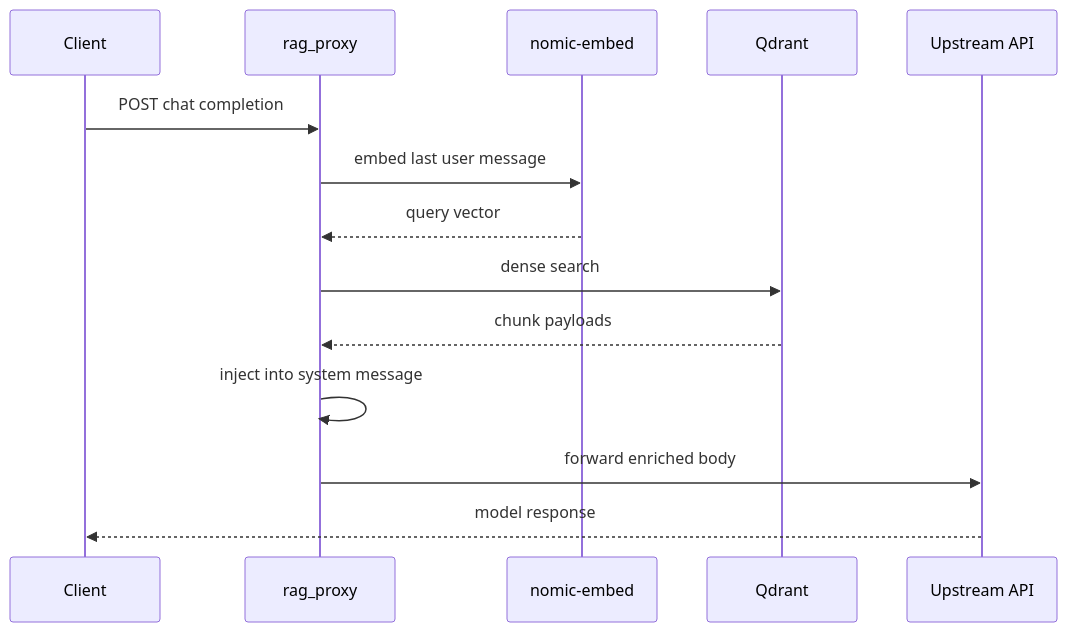
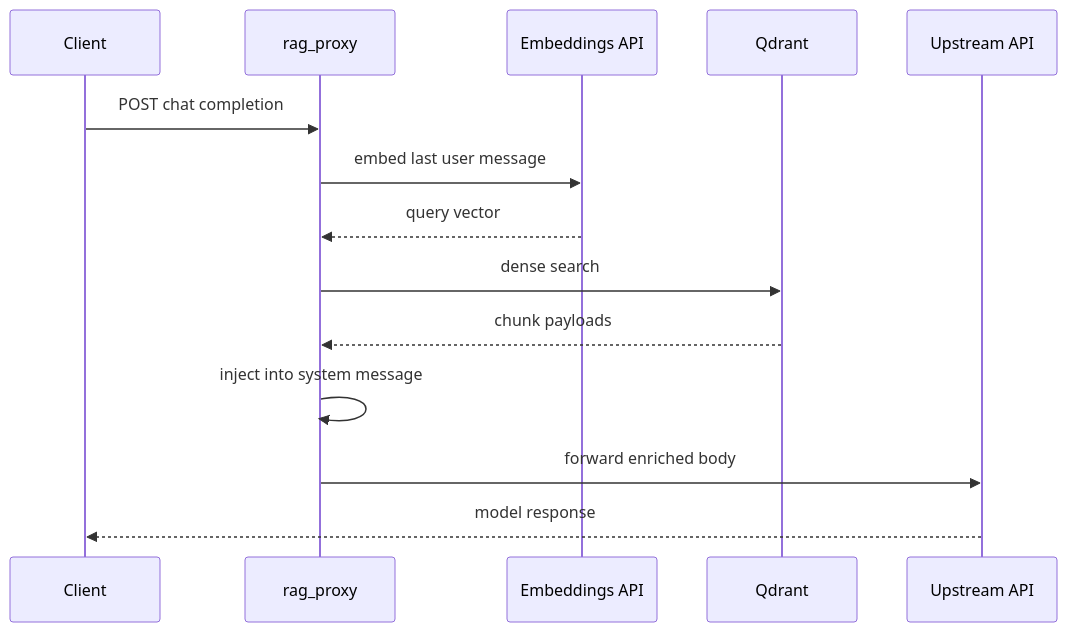
Before and after one commit to AtticusG3/rag-proxy: the second of 5 diagrams in docs/architecture.md, drawn with Mermaid. The commit also changed other lines of this file and 13 other files, not shown here.

First line of the commit message:
feat(docker): drop nomic-embed sidecar for Qwen embeddings API

````diff
--- a/docs/architecture.md
+++ b/docs/architecture.md
@@ -27,17 +27,17 @@
 ```mermaid
 sequenceDiagram
   participant C as Client
   participant P as rag_proxy
-  participant E as nomic-embed
+  participant E as Embeddings API
   participant Q as Qdrant
   participant L as Upstream API
 
   C->>P: POST chat completion
   P->>E: embed last user message
   E-->>P: query vector
   P->>Q: dense search
   Q-->>P: chunk payloads
   P->>P: inject into system message
   P->>L: forward enriched body
   L-->>C: model response
 ```
````
